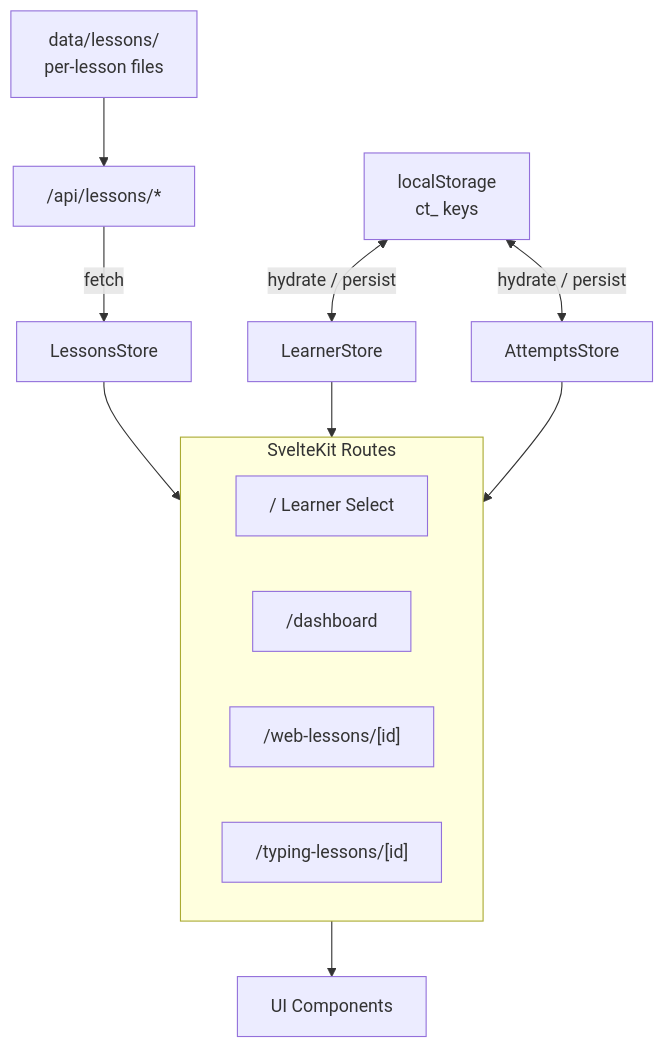
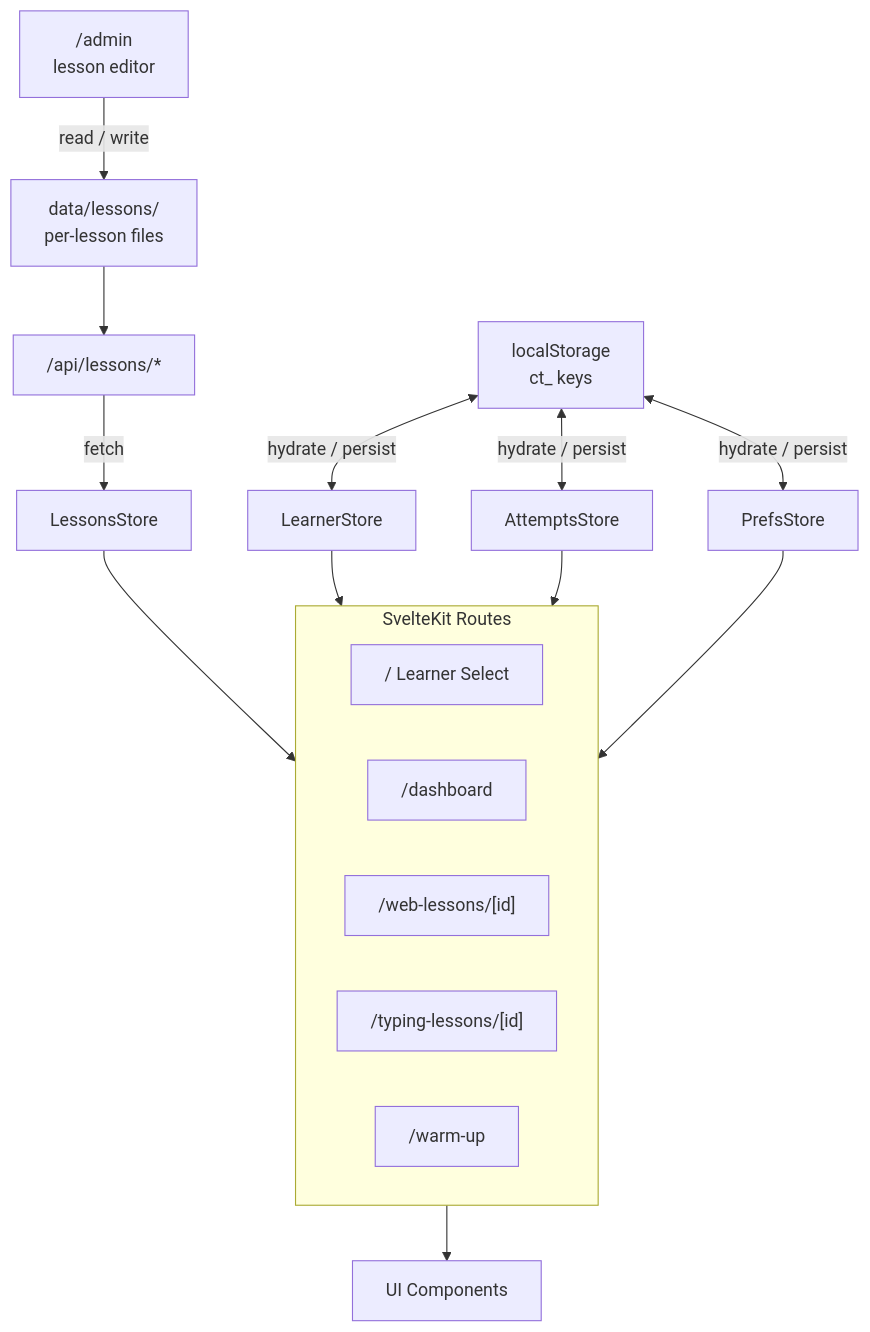
The diagram in docs/architecture/index.md (jermbo/CosmicTyper), drawn with Mermaid before and after one commit. The commit also changed other lines of this file and 67 other files, not shown here.

````diff
--- a/docs/architecture/index.md
+++ b/docs/architecture/index.md
@@ -19,24 +19,29 @@
 ```mermaid
 graph TD
     Data["data/lessons/\nper-lesson files"]
     API["/api/lessons/*"]
+    Admin["/admin\nlesson editor"]
     LS["localStorage\nct_ keys"]
 
+    Admin -->|read / write| Data
     Data --> API
     API -->|fetch| LessonsStore
     LS  <-->|hydrate / persist| LearnerStore
     LS  <-->|hydrate / persist| AttemptsStore
+    LS  <-->|hydrate / persist| PrefsStore
 
     LessonsStore --> Routes
     LearnerStore --> Routes
     AttemptsStore --> Routes
+    PrefsStore --> Routes
 
     subgraph Routes["SvelteKit Routes"]
         Home["/  Learner Select"]
         Dashboard["/dashboard"]
         WebLessons["/web-lessons/[id]"]
         TypingLessons["/typing-lessons/[id]"]
+        WarmUp["/warm-up"]
     end
 
     Routes --> Components["UI Components"]
 ```
````
